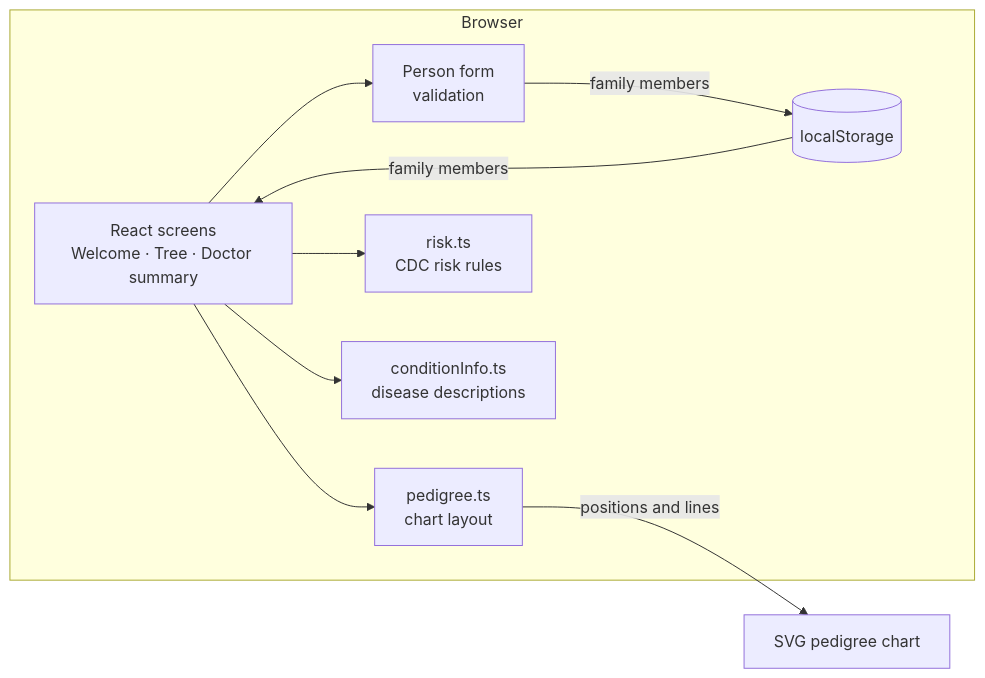
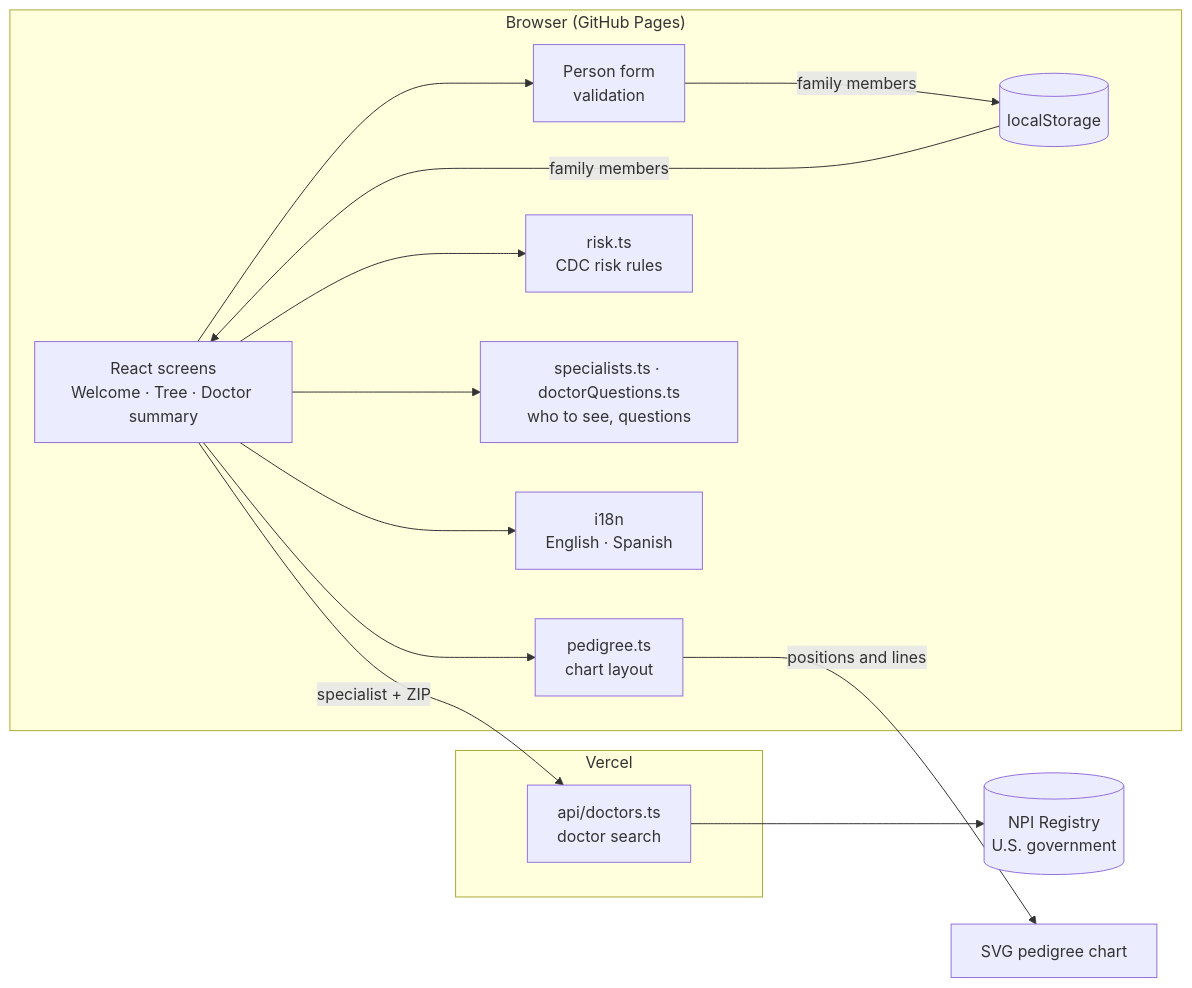
One commit to maharanariddhi/family-health-tree changed the diagram in README.md. Above: the diagram before and after it, drawn with Mermaid. The commit also changed other lines of this file and 9 other files, not shown here.

````diff
--- a/README.md
+++ b/README.md
@@ -45,18 +47,26 @@
 ```mermaid
 flowchart LR
-    subgraph Browser
+    subgraph Browser["Browser (GitHub Pages)"]
         UI["React screens<br/>Welcome · Tree · Doctor summary"]
         Form["Person form<br/>validation"]
         Layout["pedigree.ts<br/>chart layout"]
         Risk["risk.ts<br/>CDC risk rules"]
-        Info["conditionInfo.ts<br/>disease descriptions"]
+        Advice["specialists.ts · doctorQuestions.ts<br/>who to see, questions"]
+        Text["i18n<br/>English · Spanish"]
         Store[("localStorage")]
     end
+    subgraph Vercel["Vercel"]
+        Api["api/doctors.ts<br/>doctor search"]
+    end
+    NPI[("NPI Registry<br/>U.S. government")]
     UI --> Form
     Form -->|"family members"| Store
     Store -->|"family members"| UI
     UI --> Layout
     UI --> Risk
-    UI --> Info
+    UI --> Advice
+    UI --> Text
     Layout -->|"positions and lines"| SVG["SVG pedigree chart"]
+    UI -->|"specialist + ZIP"| Api
+    Api --> NPI
 ```
````
